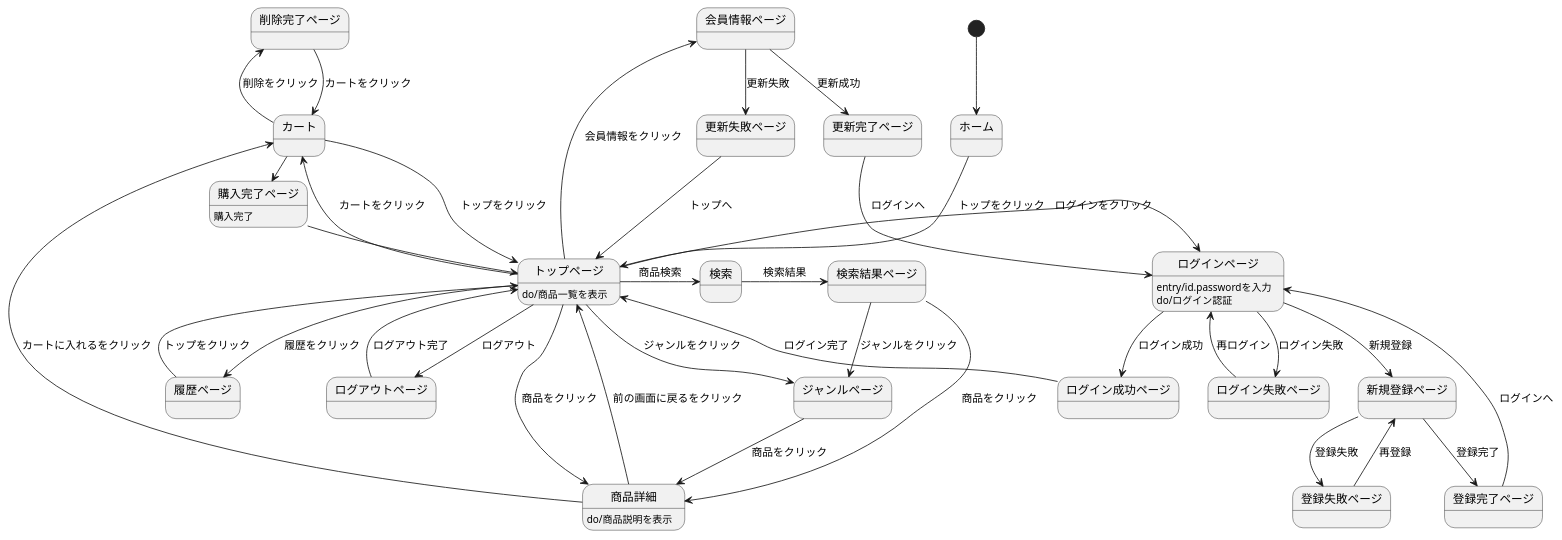
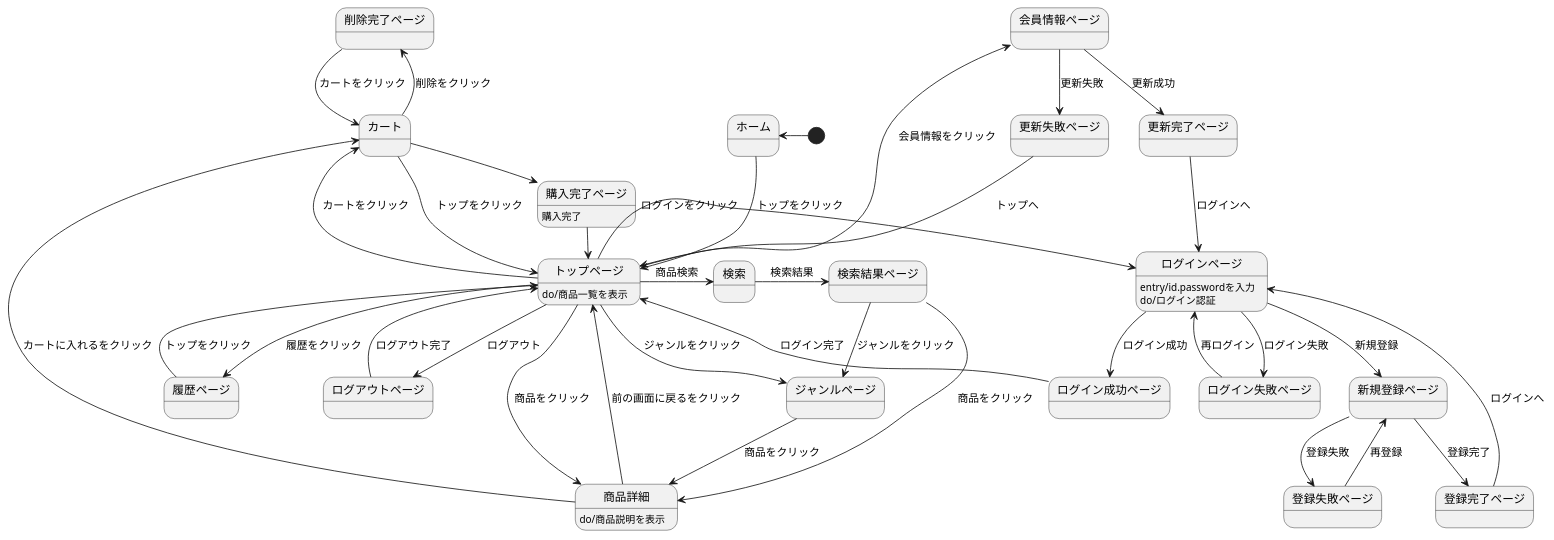
Before and after one commit to Aso2001142/2021sys-design: the diagram in ECサイト/画面遷移図.md, drawn with PlantUML.

````diff
--- a/ECサイト/画面遷移図.md
+++ b/ECサイト/画面遷移図.md
@@ -1,57 +1,57 @@
 ```uml
 @startuml
-[*] --> ホーム
+[*] -left-> ホーム
 ホーム --> トップページ : トップをクリック
 トップページ : do/商品一覧を表示
 
 トップページ -right-> ログインページ : ログインをクリック
 ログインページ : entry/id.passwordを入力
 ログインページ : do/ログイン認証
 ログインページ --> ログイン成功ページ : ログイン成功
 ログイン成功ページ --> トップページ : ログイン完了
 ログインページ --> ログイン失敗ページ : ログイン失敗
 ログイン失敗ページ -left-> ログインページ : 再ログイン
 
 ログインページ --> 新規登録ページ : 新規登録
 新規登録ページ --> 登録完了ページ : 登録完了
 登録完了ページ --> ログインページ : ログインへ
 新規登録ページ --> 登録失敗ページ : 登録失敗
 登録失敗ページ --> 新規登録ページ : 再登録
 
 トップページ -> 検索 : 商品検索
 検索 -> 検索結果ページ : 検索結果
 検索結果ページ --> ジャンルページ : ジャンルをクリック
 検索結果ページ --> 商品詳細 : 商品をクリック
 
 トップページ -> 商品詳細 : 商品をクリック
 トップページ --> カート : カートをクリック
 
 トップページ --> ログアウトページ : ログアウト
 ログアウトページ --> トップページ : ログアウト完了
 
 トップページ --> 履歴ページ : 履歴をクリック
 履歴ページ --> トップページ : トップをクリック
 
 トップページ -left-> 会員情報ページ : 会員情報をクリック
 会員情報ページ --> 更新完了ページ : 更新成功
 更新完了ページ --> ログインページ : ログインへ
 会員情報ページ --> 更新失敗ページ : 更新失敗
 更新失敗ページ --> トップページ : トップへ
 
 トップページ -left-> ジャンルページ :  ジャンルをクリック
 ジャンルページ --> 商品詳細 : 商品をクリック
 
 商品詳細 --> カート : カートに入れるをクリック
 商品詳細 --> トップページ : 前の画面に戻るをクリック
 商品詳細 : do/商品説明を表示
 カート -up-> トップページ : トップをクリック
 
 
 カート -> 購入完了ページ : 購入をクリック
 カート -left> 削除完了ページ : 削除をクリック
 削除完了ページ --> カート : カートをクリック
 購入完了ページ -> トップページ : トップをクリック
 購入完了ページ : 購入完了
 
 @enduml
 ```
````
